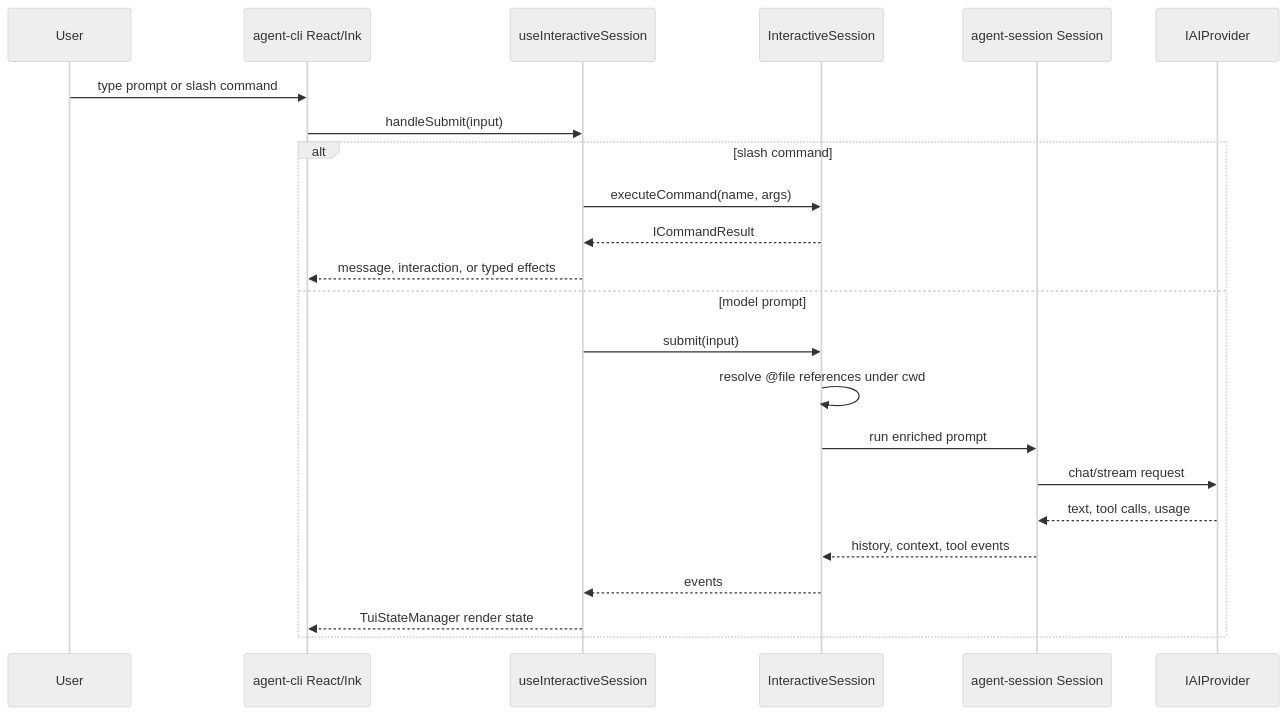
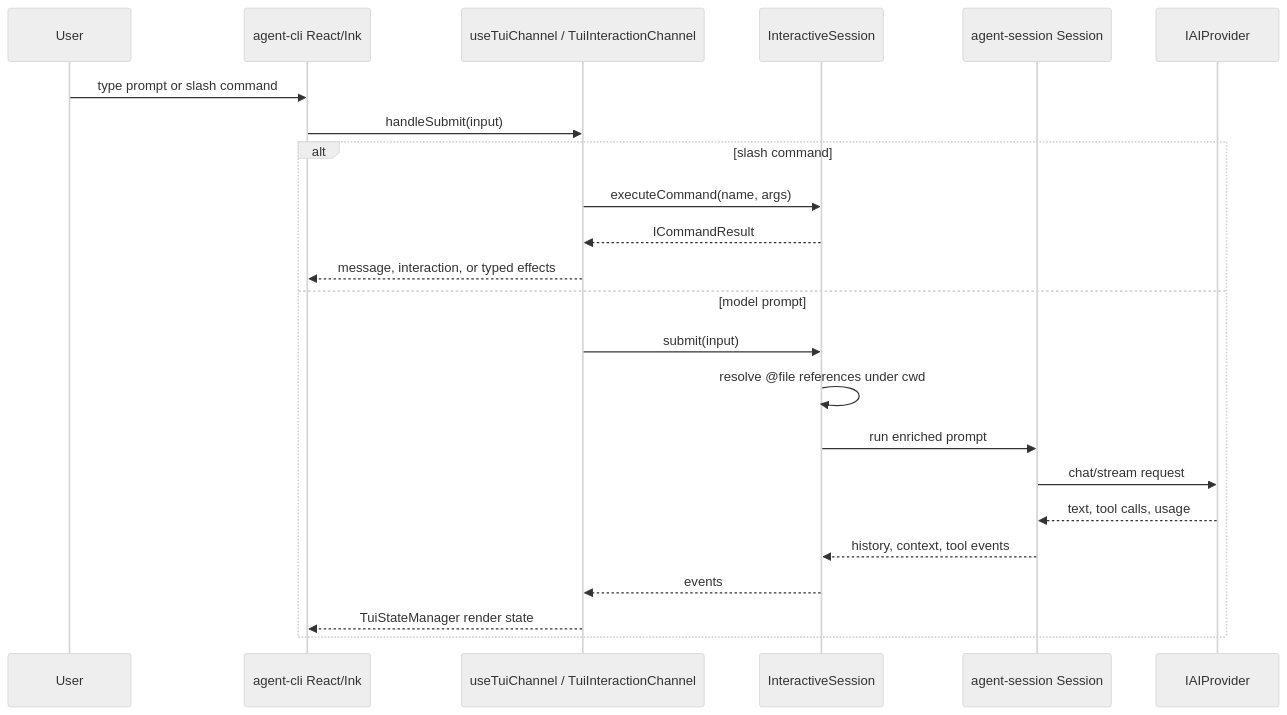
One commit to woojubb/robota changed the first of 3 diagrams in .agents/specs/architecture-map/agent-cli/execution-modes.md. Above: the diagram before and after it, drawn with Mermaid (neutral theme). The commit also changed other lines of this file and 28 other files, not shown here.

````diff
--- a/.agents/specs/architecture-map/agent-cli/execution-modes.md
+++ b/.agents/specs/architecture-map/agent-cli/execution-modes.md
@@ -9,26 +9,26 @@
 ```mermaid
 sequenceDiagram
   participant User
   participant TUI as agent-cli React/Ink
-  participant Bridge as useInteractiveSession
+  participant Bridge as useTuiChannel / TuiInteractionChannel
   participant SDK as InteractiveSession
   participant Session as agent-session Session
   participant Provider as IAIProvider
 
   User->>TUI: type prompt or slash command
   TUI->>Bridge: handleSubmit(input)
   alt slash command
     Bridge->>SDK: executeCommand(name, args)
     SDK-->>Bridge: ICommandResult
     Bridge-->>TUI: message, interaction, or typed effects
   else model prompt
     Bridge->>SDK: submit(input)
     SDK->>SDK: resolve @file references under cwd
     SDK->>Session: run enriched prompt
     Session->>Provider: chat/stream request
     Provider-->>Session: text, tool calls, usage
     Session-->>SDK: history, context, tool events
     SDK-->>Bridge: events
     Bridge-->>TUI: TuiStateManager render state
   end
 ```
````
